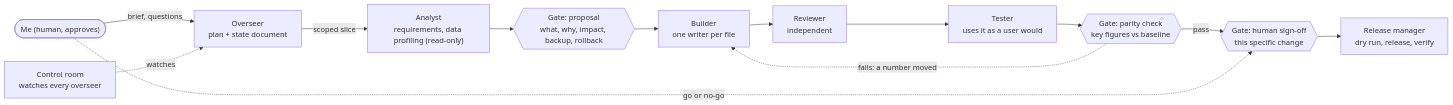
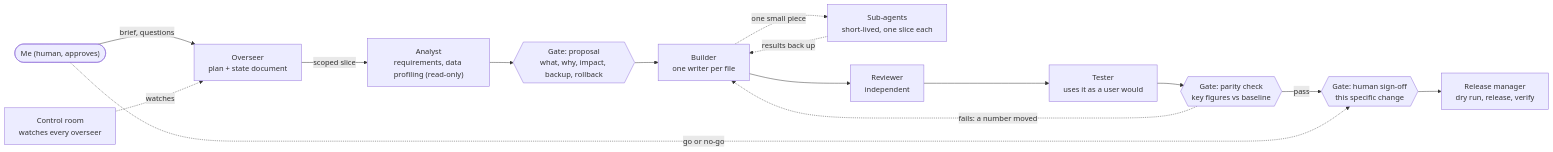
Before and after one commit to AtlasLabsHQ/Professional-Portfolio: the diagram in README.md, drawn with Mermaid. The commit also changed other lines of this file and 18 other files, not shown here.

````diff
--- a/README.md
+++ b/README.md
@@ -11,15 +11,17 @@
 ```mermaid
 flowchart LR
     Me(["Me (human, approves)"]) -->|brief, questions| O["Overseer<br/>plan + state document"]
     CR["Control room<br/>watches every overseer"] -.->|watches| O
     O -->|scoped slice| A["Analyst<br/>requirements, data profiling (read-only)"]
+    B -.->|one small piece| S["Sub-agents<br/>short-lived, one slice each"]
+    S -.->|results back up| B
     A --> G1{{"Gate: proposal<br/>what, why, impact, backup, rollback"}}
     G1 --> B["Builder<br/>one writer per file"]
     B --> R["Reviewer<br/>independent"]
     R --> T["Tester<br/>uses it as a user would"]
     T --> G2{{"Gate: parity check<br/>key figures vs baseline"}}
     G2 -->|pass| G3{{"Gate: human sign-off<br/>this specific change"}}
     G2 -.->|fails: a number moved| B
     Me -.->|go or no-go| G3
     G3 --> RM["Release manager<br/>dry run, release, verify"]
 ```
````
